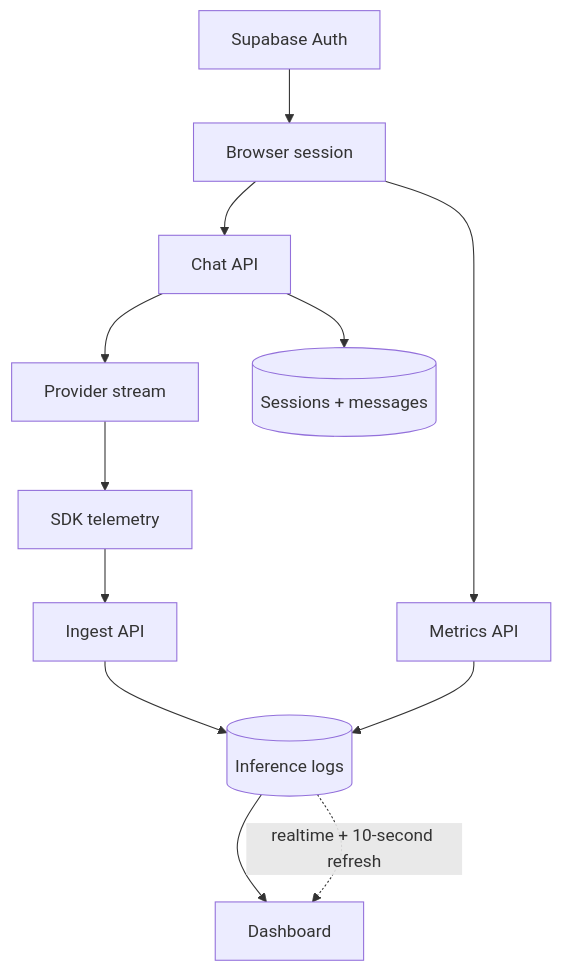
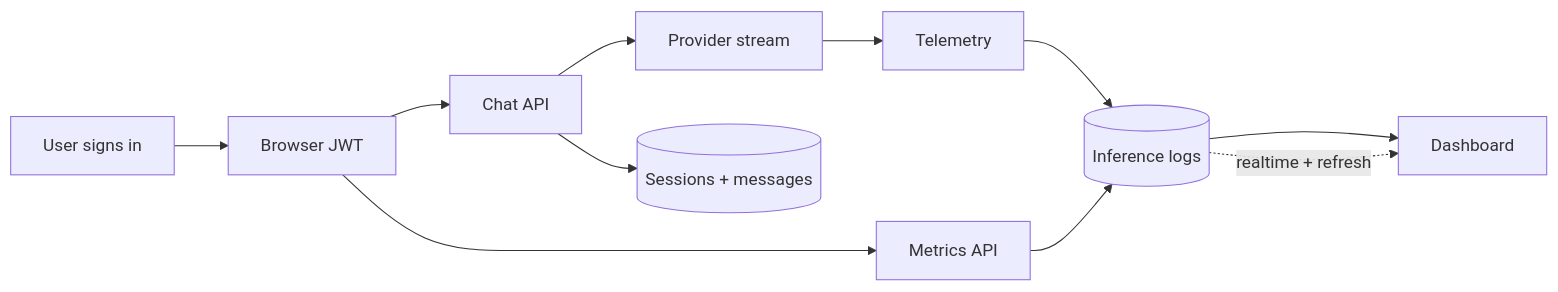
The diagram in How It Worked.md (Ankesh-Singh/t7.chat), drawn with Mermaid before and after one commit. The commit also changed other lines of this file, not shown here.

Commit message:
docs: simplify architecture documentation

````diff
--- a/How It Worked.md
+++ b/How It Worked.md
@@ -7,14 +7,13 @@
 ```mermaid
-flowchart TB
-  Auth["Supabase Auth"] --> Browser["Browser session"]
-  Browser --> Chat["Chat API"]
-  Chat --> Provider["Provider stream"]
-  Chat --> Sessions[("Sessions + messages")]
-  Provider --> Telemetry["SDK telemetry"]
-  Telemetry --> Ingest["Ingest API"]
-  Ingest --> Logs[("Inference logs")]
-  Browser --> Metrics["Metrics API"]
-  Metrics --> Logs
-  Logs --> Dashboard["Dashboard"]
-  Logs -. "realtime + 10-second refresh" .-> Dashboard
+flowchart LR
+  A["User signs in"] --> B["Browser JWT"]
+  B --> C["Chat API"]
+  C --> D["Provider stream"]
+  C --> E[("Sessions + messages")]
+  D --> F["Telemetry"]
+  F --> G[("Inference logs")]
+  B --> H["Metrics API"]
+  H --> G
+  G --> I["Dashboard"]
+  G -. "realtime + refresh" .-> I
 ```
````
